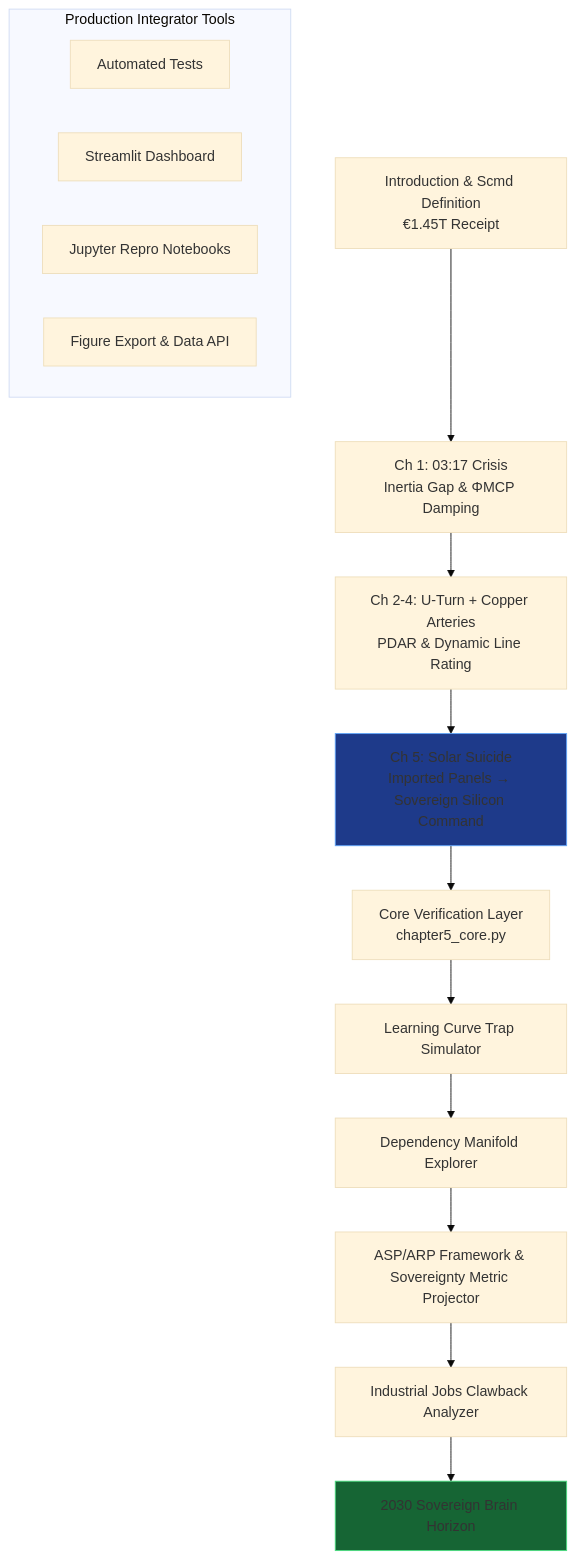
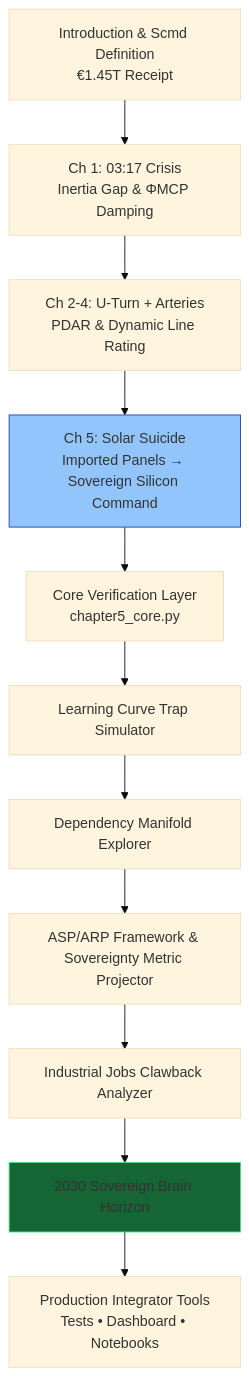
Before and after one commit to iceccarelli/Renewables_Migration_Chapter5_Proof_Engine: the third of 3 diagrams in README.md, drawn with Mermaid (base theme). The commit also changed other lines of this file, not shown here.

````diff
--- a/README.md
+++ b/README.md
@@ -33,24 +70,15 @@
 ```mermaid
 graph TD
-    A[Introduction & Scmd Definition<br/>€1.45T Receipt] 
-    --> B[Ch 1: 03:17 Crisis<br/>Inertia Gap & ΦMCP Damping]
-    B --> C[Ch 2-4: U-Turn + Copper Arteries<br/>PDAR & Dynamic Line Rating]
+    A[Introduction & Scmd Definition<br/>€1.45T Receipt] --> B[Ch 1: 03:17 Crisis<br/>Inertia Gap & ΦMCP Damping]
+    B --> C[Ch 2-4: U-Turn + Arteries<br/>PDAR & Dynamic Line Rating]
     C --> D[Ch 5: Solar Suicide<br/>Imported Panels → Sovereign Silicon Command]
-    
     D --> E[Core Verification Layer<br/>chapter5_core.py]
     E --> F[Learning Curve Trap Simulator]
     F --> G[Dependency Manifold Explorer]
     G --> H[ASP/ARP Framework & Sovereignty Metric Projector]
     H --> I[Industrial Jobs Clawback Analyzer]
     I --> J[2030 Sovereign Brain Horizon]
-    
-    subgraph Production Integrator Tools
-        K[Automated Tests]
-        L[Streamlit Dashboard]
-        M[Jupyter Repro Notebooks]
-        N[Figure Export & Data API]
-    end
-    
-    style D fill:#1e3a8a,stroke:#60a5fa
+    J --> K[Production Integrator Tools<br/>Tests • Dashboard • Notebooks]
+    style D fill:#93c5fd,stroke:#1e40af
     style J fill:#166534,stroke:#4ade80
 ```
````
